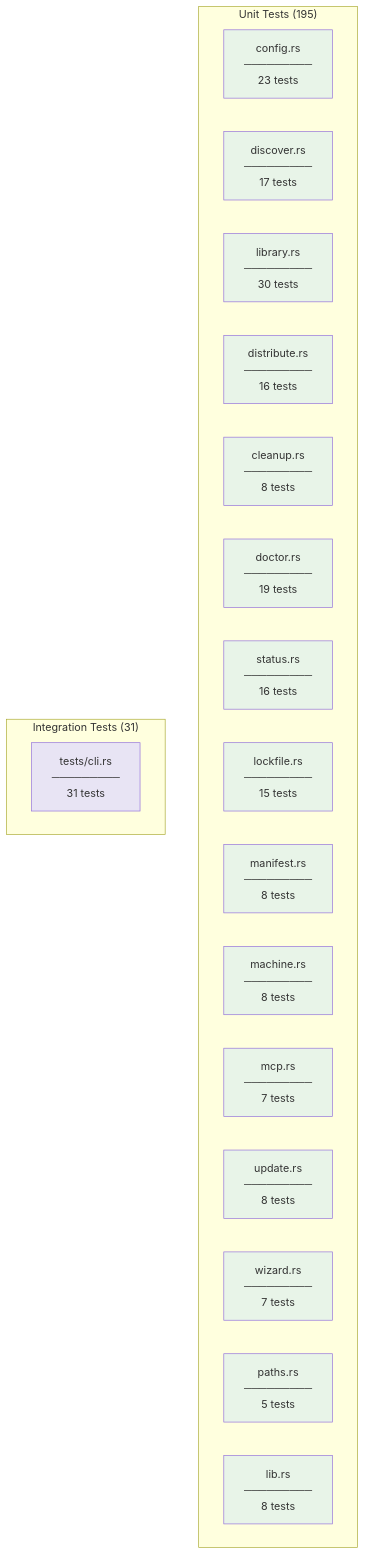
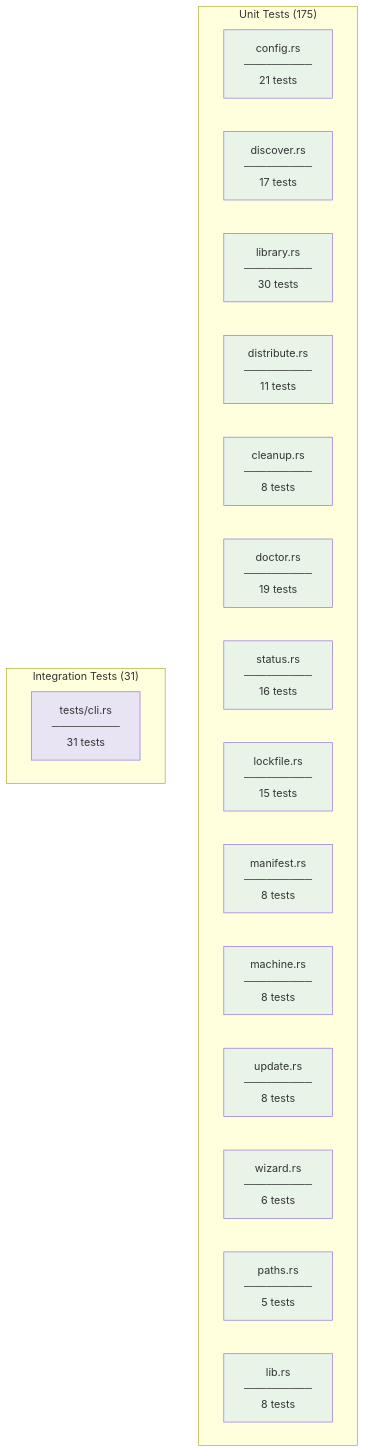
The third of 5 diagrams in docs/src/test-setup.md (MartinP7r/tome), drawn with Mermaid before and after one commit. The commit also changed other lines of this file and 10 other files, not shown here.

````diff
--- a/docs/src/test-setup.md
+++ b/docs/src/test-setup.md
@@ -54,41 +54,39 @@
 ```mermaid
 graph TB
-    subgraph unit_tests["Unit Tests (195)"]
-        CONFIG["config.rs<br/>─────────<br/>23 tests"]
+    subgraph unit_tests["Unit Tests (175)"]
+        CONFIG["config.rs<br/>─────────<br/>21 tests"]
         DISCOVER["discover.rs<br/>─────────<br/>17 tests"]
         LIBRARY["library.rs<br/>─────────<br/>30 tests"]
-        DISTRIBUTE["distribute.rs<br/>─────────<br/>16 tests"]
+        DISTRIBUTE["distribute.rs<br/>─────────<br/>11 tests"]
         CLEANUP["cleanup.rs<br/>─────────<br/>8 tests"]
         DOCTOR["doctor.rs<br/>─────────<br/>19 tests"]
         STATUS["status.rs<br/>─────────<br/>16 tests"]
         LOCKFILE["lockfile.rs<br/>─────────<br/>15 tests"]
         MANIFEST["manifest.rs<br/>─────────<br/>8 tests"]
         MACHINE["machine.rs<br/>─────────<br/>8 tests"]
-        MCP["mcp.rs<br/>─────────<br/>7 tests"]
         UPDATE["update.rs<br/>─────────<br/>8 tests"]
-        WIZARD["wizard.rs<br/>─────────<br/>7 tests"]
+        WIZARD["wizard.rs<br/>─────────<br/>6 tests"]
         PATHS["paths.rs<br/>─────────<br/>5 tests"]
         LIB["lib.rs<br/>─────────<br/>8 tests"]
     end
 
     subgraph integration_tests["Integration Tests (31)"]
         CLI["tests/cli.rs<br/>─────────<br/>31 tests"]
     end
 
     style CONFIG fill:#e8f4e8
     style DISCOVER fill:#e8f4e8
     style LIBRARY fill:#e8f4e8
     style DISTRIBUTE fill:#e8f4e8
     style CLEANUP fill:#e8f4e8
     style DOCTOR fill:#e8f4e8
     style STATUS fill:#e8f4e8
     style LOCKFILE fill:#e8f4e8
     style MANIFEST fill:#e8f4e8
     style MACHINE fill:#e8f4e8
-    style MCP fill:#e8f4e8
     style UPDATE fill:#e8f4e8
     style WIZARD fill:#e8f4e8
     style PATHS fill:#e8f4e8
     style LIB fill:#e8f4e8
     style CLI fill:#e8e4f4
 ```
````
